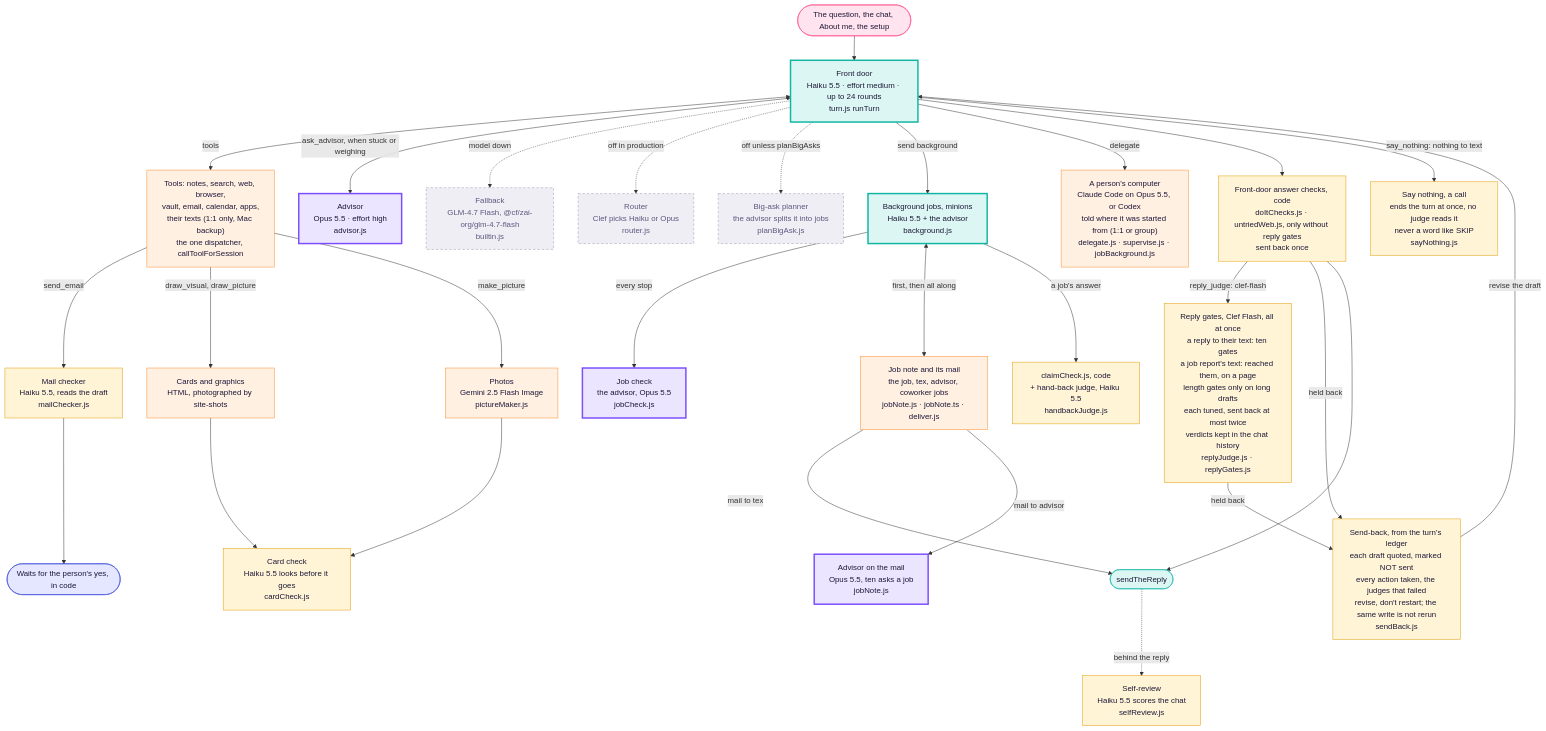
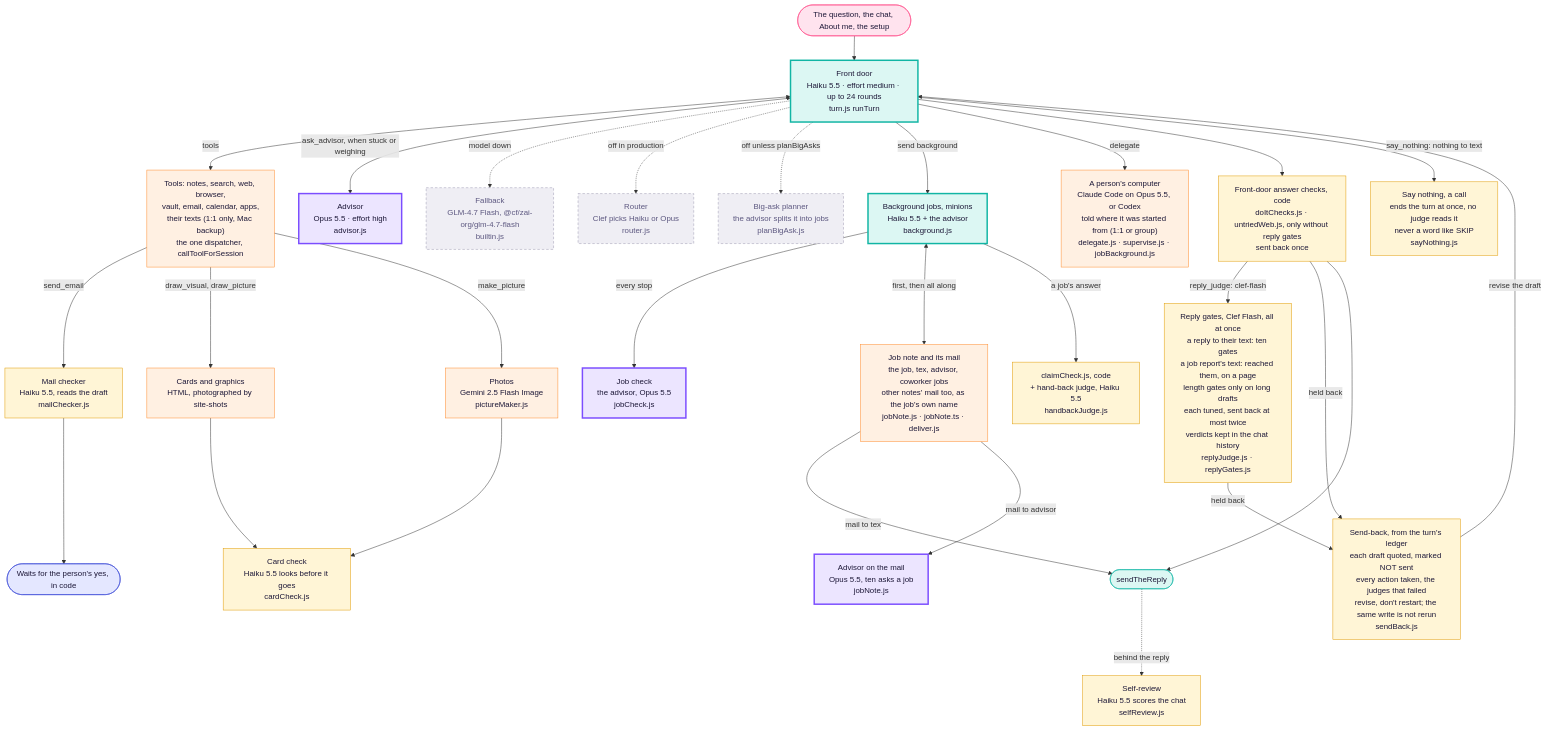
One commit to Supa-Media/context changed the third of 3 diagrams in docs/architecture/tex.md. Above: the diagram before and after it, drawn with Mermaid. The commit also changed other lines of this file, not shown here.

Commit message:
Redraw the job note box: a computer job joins other notes' mail as its own name
Claude-Session: https://claude.ai/code/session_01SK2ayak2H8ixubhoSPRsff

````diff
--- a/docs/architecture/tex.md
+++ b/docs/architecture/tex.md
@@ -111,43 +111,43 @@
 ```mermaid
 flowchart TB
   Q([The question, the chat, About me, the setup]):::you --> FD
   FD["Front door<br/>Haiku 5.5 · effort medium · up to 24 rounds<br/>turn.js runTurn"]:::haiku
   FD <-->|tools| T["Tools: notes, search, web, browser,<br/>vault, email, calendar, apps,<br/>their texts (1:1 only, Mac backup)<br/>the one dispatcher, callToolForSession"]:::tool
   FD <-->|ask_advisor, when stuck or weighing| ADV["Advisor<br/>Opus 5.5 · effort high<br/>advisor.js"]:::opus
   FD -. model down .-> FB["Fallback<br/>GLM-4.7 Flash, @cf/zai-org/glm-4.7-flash<br/>builtin.js"]:::off
   FD -. off in production .-> RT["Router<br/>Clef picks Haiku or Opus<br/>router.js"]:::off
   FD -. off unless planBigAsks .-> PL["Big-ask planner<br/>the advisor splits it into jobs<br/>planBigAsk.js"]:::off
 
   FD -->|send background| JOB["Background jobs, minions<br/>Haiku 5.5 + the advisor<br/>background.js"]:::haiku
   JOB -->|every stop| JC["Job check<br/>the advisor, Opus 5.5<br/>jobCheck.js"]:::opus
-  JOB <-->|first, then all along| JN["Job note and its mail<br/>the job, tex, advisor, coworker jobs<br/>jobNote.js · jobNote.ts · deliver.js"]:::tool
+  JOB <-->|first, then all along| JN["Job note and its mail<br/>the job, tex, advisor, coworker jobs<br/>other notes' mail too, as the job's own name<br/>jobNote.js · jobNote.ts · deliver.js"]:::tool
   JN -->|mail to tex| SEND
   JN -->|mail to advisor| JNA["Advisor on the mail<br/>Opus 5.5, ten asks a job<br/>jobNote.js"]:::opus
   JOB -->|a job's answer| JCK["claimCheck.js, code<br/>+ hand-back judge, Haiku 5.5<br/>handbackJudge.js"]:::judge
   FD -->|delegate| DL["A person's computer<br/>Claude Code on Opus 5.5, or Codex<br/>told where it was started from (1:1 or group)<br/>delegate.js · supervise.js · jobBackground.js"]:::tool
 
   T -->|send_email| MC["Mail checker<br/>Haiku 5.5, reads the draft<br/>mailChecker.js"]:::judge
   MC --> YES([Waits for the person's yes, in code]):::rail
   T -->|draw_visual, draw_picture| PIC["Cards and graphics<br/>HTML, photographed by site-shots"]:::tool
   T -->|make_picture| IMG["Photos<br/>Gemini 2.5 Flash Image<br/>pictureMaker.js"]:::tool
   PIC --> CC["Card check<br/>Haiku 5.5 looks before it goes<br/>cardCheck.js"]:::judge
   IMG --> CC
 
   FD --> CHK["Front-door answer checks, code<br/>doItChecks.js · untriedWeb.js, only without reply gates<br/>sent back once"]:::judge
   FD -->|say_nothing: nothing to text| QT["Say nothing, a call<br/>ends the turn at once, no judge reads it<br/>never a word like SKIP<br/>sayNothing.js"]:::judge
   CHK -->|reply_judge: clef-flash| RJ["Reply gates, Clef Flash, all at once<br/>a reply to their text: ten gates<br/>a job report's text: reached them, on a page<br/>length gates only on long drafts<br/>each tuned, sent back at most twice<br/>verdicts kept in the chat history<br/>replyJudge.js · replyGates.js"]:::judge
   CHK -->|held back| SB["Send-back, from the turn's ledger<br/>each draft quoted, marked NOT sent<br/>every action taken, the judges that failed<br/>revise, don't restart; the same write is not rerun<br/>sendBack.js"]:::judge
   RJ -->|held back| SB
   SB -->|revise the draft| FD
   CHK --> SEND([sendTheReply]):::door
   SEND -. behind the reply .-> SR["Self-review<br/>Haiku 5.5 scores the chat<br/>selfReview.js"]:::judge
 
   classDef you fill:#ffe3ee,stroke:#ff4f8b,color:#1d1838
   classDef haiku fill:#dcf7f3,stroke:#11b5a4,stroke-width:3px,color:#1d1838
   classDef opus fill:#ece5ff,stroke:#7b4dff,stroke-width:3px,color:#1d1838
   classDef judge fill:#fff5d6,stroke:#e09a00,color:#1d1838
   classDef tool fill:#fff0e2,stroke:#ff8a2a,color:#1d1838
   classDef rail fill:#e4e7ff,stroke:#3c4bd6,color:#1d1838
   classDef door fill:#dcf7f3,stroke:#11b5a4,color:#1d1838
   classDef off fill:#efeef4,stroke:#9a97b0,stroke-dasharray:5 4,color:#5d5880
 ```
````
